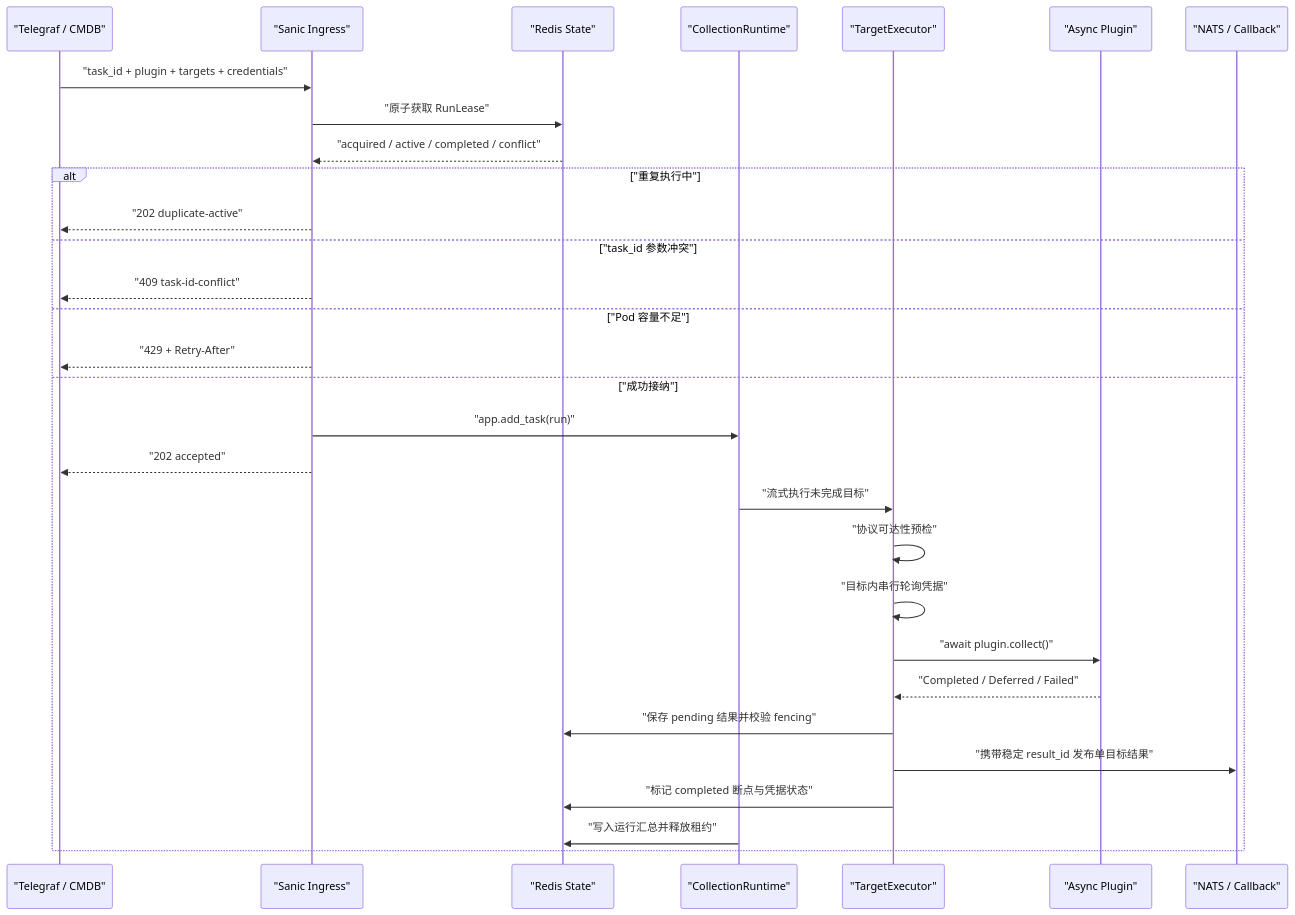
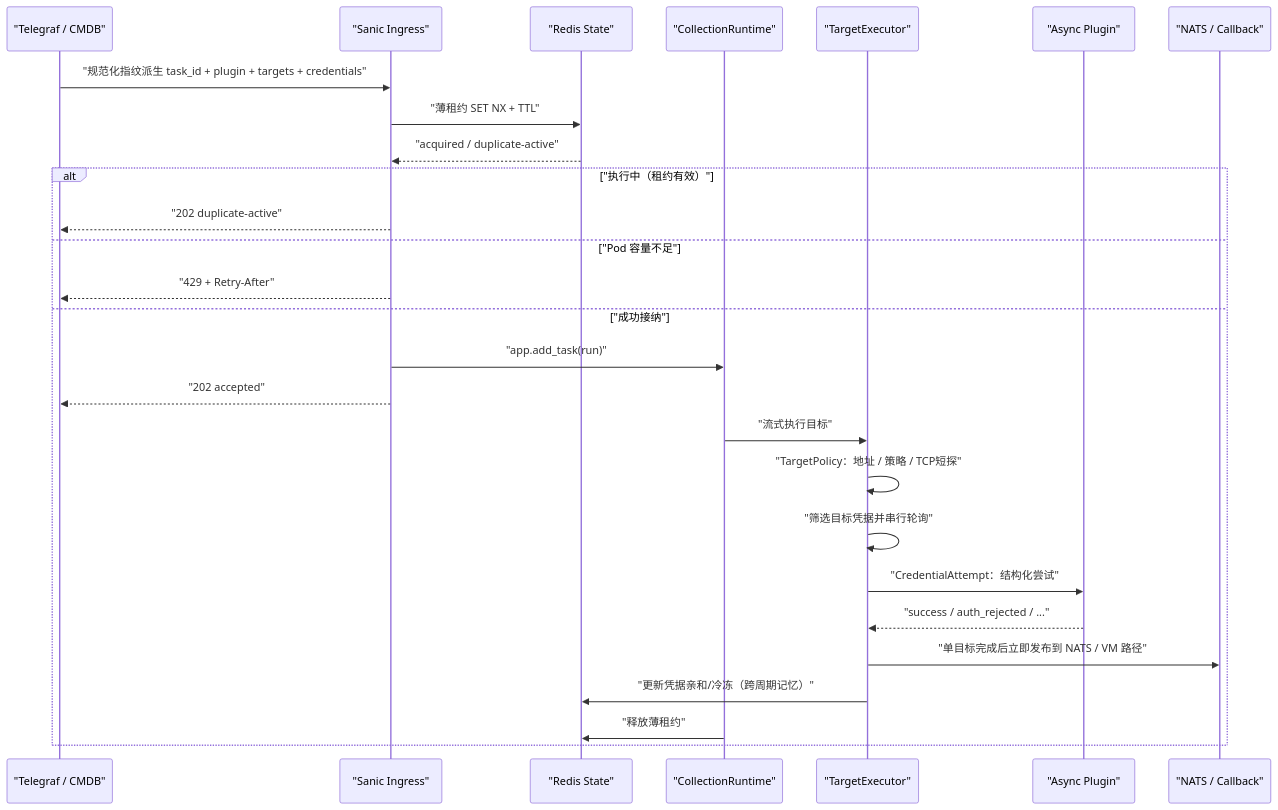
One commit to TencentBlueKing/bk-lite changed the second of 3 diagrams in specs/changes/stargazer-stateless-async-collection/spec.md. Above: the diagram before and after it, drawn with Mermaid. The commit also changed other lines of this file and 187 other files, not shown here.

````diff
--- a/specs/changes/stargazer-stateless-async-collection/spec.md
+++ b/specs/changes/stargazer-stateless-async-collection/spec.md
@@ -225,34 +260,31 @@
 ```mermaid
 sequenceDiagram
     participant Caller as "Telegraf / CMDB"
     participant HTTP as "Sanic Ingress"
     participant Redis as "Redis State"
     participant Runtime as "CollectionRuntime"
     participant Target as "TargetExecutor"
     participant Plugin as "Async Plugin"
     participant Result as "NATS / Callback"
 
-    Caller->>HTTP: "task_id + plugin + targets + credentials"
-    HTTP->>Redis: "原子获取 RunLease"
-    Redis-->>HTTP: "acquired / active / completed / conflict"
+    Caller->>HTTP: "规范化指纹派生 task_id + plugin + targets + credentials"
+    HTTP->>Redis: "薄租约 SET NX + TTL"
+    Redis-->>HTTP: "acquired / duplicate-active"
 
-    alt "重复执行中"
+    alt "执行中（租约有效）"
         HTTP-->>Caller: "202 duplicate-active"
-    else "task_id 参数冲突"
-        HTTP-->>Caller: "409 task-id-conflict"
     else "Pod 容量不足"
         HTTP-->>Caller: "429 + Retry-After"
     else "成功接纳"
         HTTP->>Runtime: "app.add_task(run)"
         HTTP-->>Caller: "202 accepted"
-        Runtime->>Target: "流式执行未完成目标"
-        Target->>Target: "协议可达性预检"
-        Target->>Target: "目标内串行轮询凭据"
-        Target->>Plugin: "await plugin.collect()"
-        Plugin-->>Target: "Completed / Deferred / Failed"
-        Target->>Redis: "保存 pending 结果并校验 fencing"
-        Target->>Result: "携带稳定 result_id 发布单目标结果"
-        Target->>Redis: "标记 completed 断点与凭据状态"
-        Runtime->>Redis: "写入运行汇总并释放租约"
+        Runtime->>Target: "流式执行目标"
+        Target->>Target: "TargetPolicy：地址 / 策略 / TCP短探"
+        Target->>Target: "筛选目标凭据并串行轮询"
+        Target->>Plugin: "CredentialAttempt：结构化尝试"
+        Plugin-->>Target: "success / auth_rejected / ..."
+        Target->>Result: "单目标完成后立即发布到 NATS / VM 路径"
+        Target->>Redis: "更新凭据亲和/冷冻（跨周期记忆）"
+        Runtime->>Redis: "释放薄租约"
     end
 ```
````
